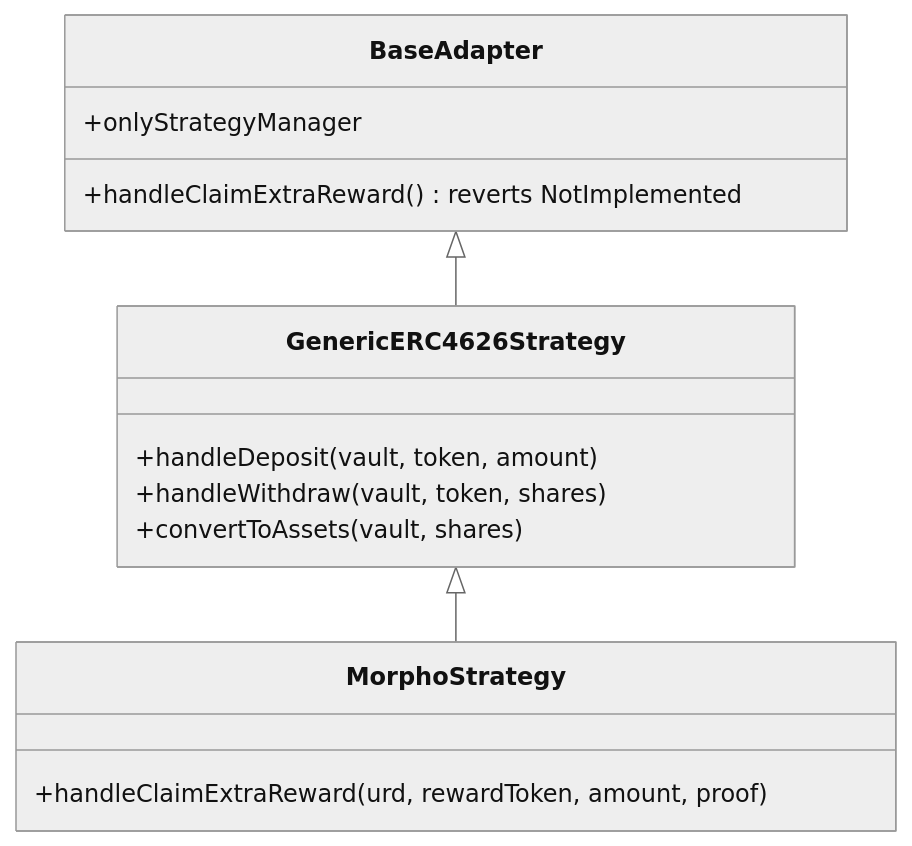
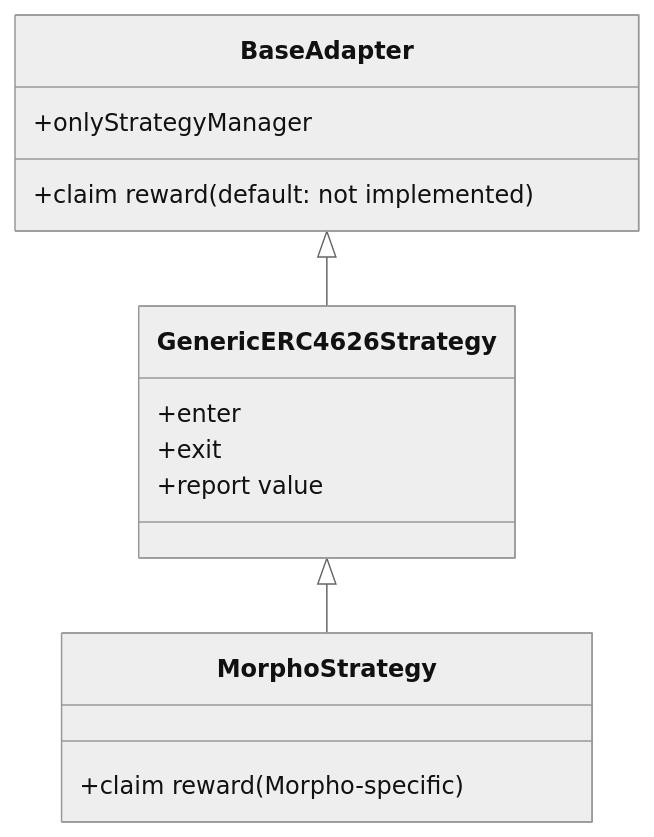
One commit to tumbuh-fi/docs changed the diagram in protocol-architecture/adapters.mdx. Above: the diagram before and after it, drawn with Mermaid (neutral theme). The commit also changed other lines of this file and 7 other files, not shown here.

First line of the commit message:
docs: rewrite Tokens, Fees, and Protocol architecture pages

````diff
--- a/protocol-architecture/adapters.mdx
+++ b/protocol-architecture/adapters.mdx
@@ -29,20 +20,20 @@
 ```mermaid
 classDiagram
     class BaseAdapter {
         +onlyStrategyManager
-        +handleClaimExtraReward() reverts NotImplemented
+        +claim reward (default: not implemented)
     }
 
     class GenericERC4626Strategy {
-        +handleDeposit(vault, token, amount)
-        +handleWithdraw(vault, token, shares)
-        +convertToAssets(vault, shares)
+        +enter
+        +exit
+        +report value
     }
 
     class MorphoStrategy {
-        +handleClaimExtraReward(urd, rewardToken, amount, proof)
+        +claim reward (Morpho-specific)
     }
 
     BaseAdapter <|-- GenericERC4626Strategy
     GenericERC4626Strategy <|-- MorphoStrategy
 ```
````
